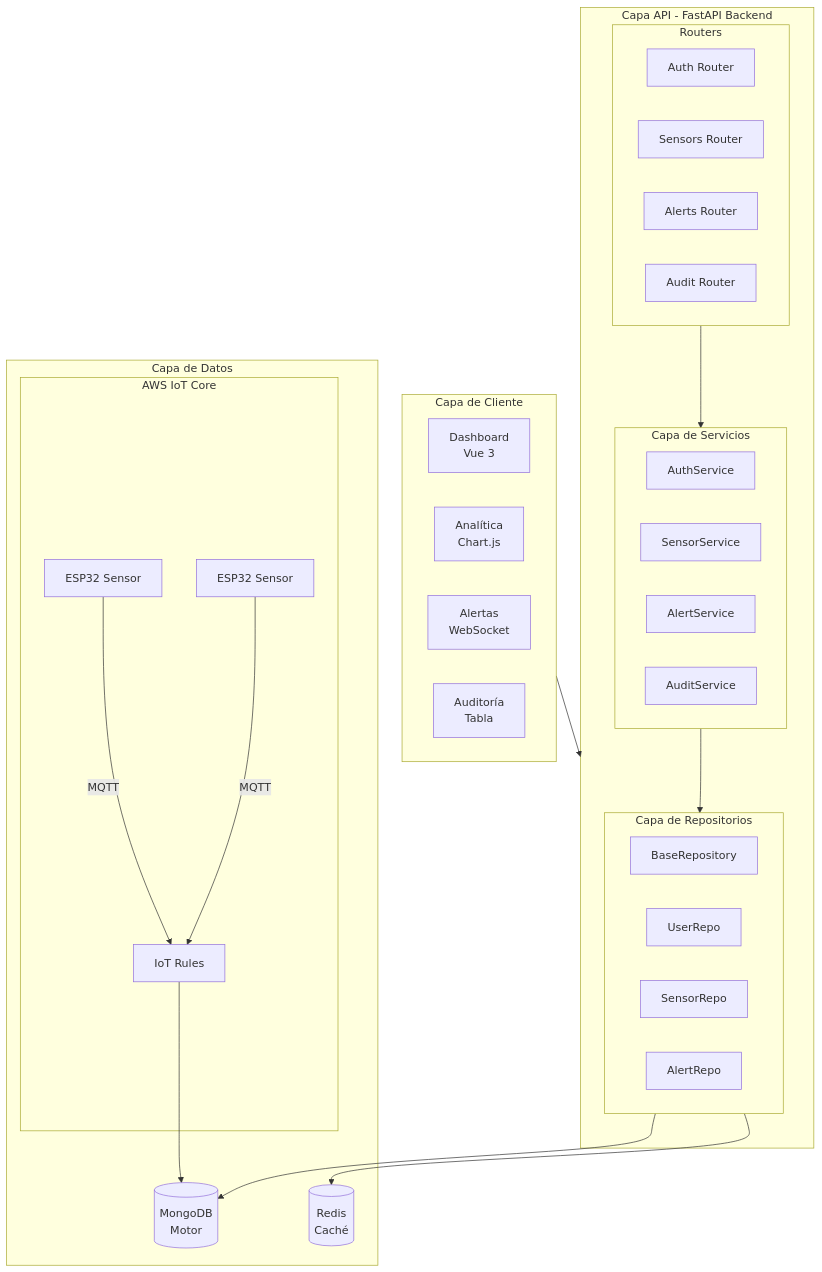
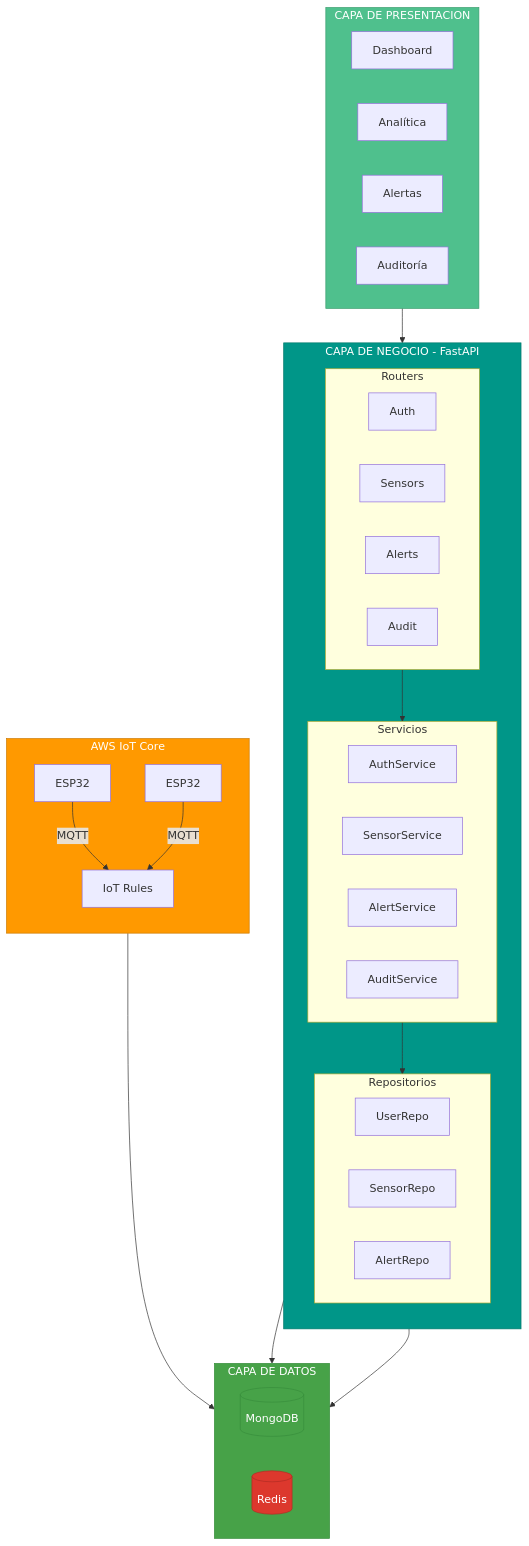
The diagram in README.md (KsmBlitz/UNAB-ProyectoDeTitulo), drawn with Mermaid before and after one commit. The commit also changed other lines of this file, not shown here.

Commit message:
Readme update

````diff
--- a/README.md
+++ b/README.md
@@ -106,49 +106,63 @@
 ```mermaid
 flowchart TB
-    subgraph Cliente["Capa de Cliente"]
-        Dashboard["Dashboard<br/>Vue 3"]
-        Analitica["Analítica<br/>Chart.js"]
-        Alertas["Alertas<br/>WebSocket"]
-        Auditoria["Auditoría<br/>Tabla"]
+    subgraph Frontend["CAPA DE PRESENTACION"]
+        direction LR
+        Dashboard["Dashboard"]
+        Analytics["Analítica"]
+        Alerts["Alertas"]
+        Audit["Auditoría"]
     end
 
-    subgraph API["Capa API - FastAPI Backend"]
-        subgraph Routers["Routers"]
-            AuthRouter["Auth Router"]
-            SensorsRouter["Sensors Router"]
-            AlertsRouter["Alerts Router"]
-            AuditRouter["Audit Router"]
+    subgraph Backend["CAPA DE NEGOCIO - FastAPI"]
+        direction TB
+        subgraph Routes["Routers"]
+            direction LR
+            R1["Auth"]
+            R2["Sensors"]
+            R3["Alerts"]
+            R4["Audit"]
         end
-        subgraph Services["Capa de Servicios"]
-            AuthService["AuthService"]
-            SensorService["SensorService"]
-            AlertService["AlertService"]
-            AuditService["AuditService"]
+        subgraph Services["Servicios"]
+            direction LR
+            S1["AuthService"]
+            S2["SensorService"]
+            S3["AlertService"]
+            S4["AuditService"]
         end
-        subgraph Repositories["Capa de Repositorios"]
-            BaseRepo["BaseRepository"]
-            UserRepo["UserRepo"]
-            SensorRepo["SensorRepo"]
-            AlertRepo["AlertRepo"]
+        subgraph Repos["Repositorios"]
+            direction LR
+            RP1["UserRepo"]
+            RP2["SensorRepo"]
+            RP3["AlertRepo"]
         end
     end
 
-    subgraph Datos["Capa de Datos"]
-        MongoDB[("MongoDB<br/>Motor")]
-        Redis[("Redis<br/>Caché")]
-        subgraph IoT["AWS IoT Core"]
-            ESP32_1["ESP32 Sensor"]
-            ESP32_2["ESP32 Sensor"]
-            IoTRules["IoT Rules"]
-        end
+    subgraph Data["CAPA DE DATOS"]
+        direction LR
+        MongoDB[("MongoDB")]
+        Redis[("Redis")]
     end
 
-    Cliente --> API
-    Routers --> Services
-    Services --> Repositories
-    Repositories --> MongoDB
-    Repositories --> Redis
-    ESP32_1 -->|MQTT| IoTRules
-    ESP32_2 -->|MQTT| IoTRules
-    IoTRules --> MongoDB
+    subgraph IoT["AWS IoT Core"]
+        direction TB
+        ESP1["ESP32"]
+        ESP2["ESP32"]
+        Rules["IoT Rules"]
+    end
+
+    Frontend --> Backend
+    Routes --> Services
+    Services --> Repos
+    Repos --> MongoDB
+    Repos --> Redis
+    ESP1 -->|MQTT| Rules
+    ESP2 -->|MQTT| Rules
+    Rules --> MongoDB
+
+    style Frontend fill:#4FC08D,stroke:#3a9d6e,color:#fff
+    style Backend fill:#009688,stroke:#00796b,color:#fff
+    style Data fill:#47A248,stroke:#388E3C,color:#fff
+    style IoT fill:#FF9900,stroke:#cc7a00,color:#fff
+    style MongoDB fill:#47A248,stroke:#388E3C,color:#fff
+    style Redis fill:#DC382D,stroke:#b02d24,color:#fff
 ```
````
